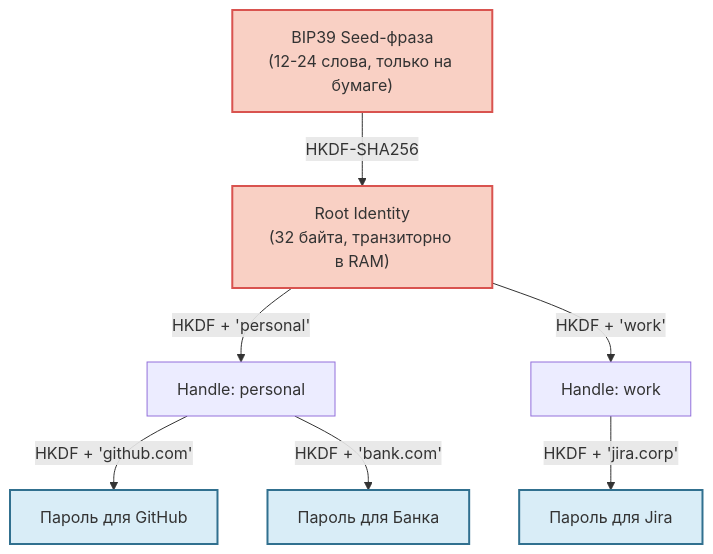
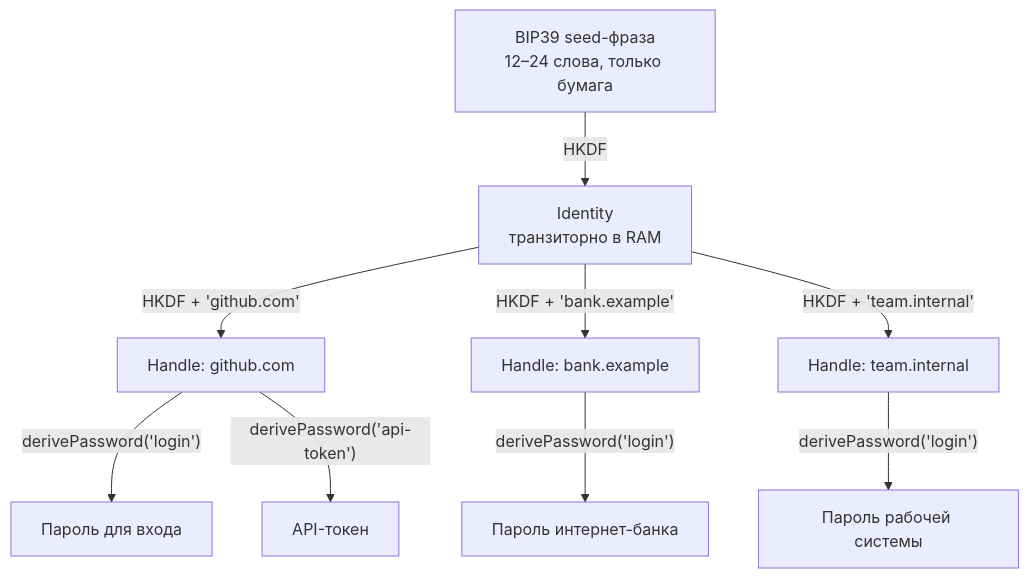
Before and after one commit to me2em-org/me2em-website: the diagram in src/content/blog/ru/me2em-deterministic-password-keeper.md, drawn with Mermaid. The commit also changed other lines of this file and 13 other files, not shown here.

````diff
--- a/src/content/blog/ru/me2em-deterministic-password-keeper.md
+++ b/src/content/blog/ru/me2em-deterministic-password-keeper.md
@@ -26,16 +22,11 @@
 ```mermaid
 flowchart TD
-    Seed["BIP39 Seed-фраза<br/>(12-24 слова, только на бумаге)"] -->|"HKDF-SHA256"| Identity["Root Identity<br/>(32 байта, транзиторно в RAM)"]
-    
-    Identity -->|"HKDF + 'personal'"| H_Personal["Handle: personal"]
-    Identity -->|"HKDF + 'work'"| H_Work["Handle: work"]
-    
-    H_Personal -->|"HKDF + 'github.com'"| P_GH["Пароль для GitHub"]
-    H_Personal -->|"HKDF + 'bank.com'"| P_Bank["Пароль для Банка"]
-    H_Work -->|"HKDF + 'jira.corp'"| P_Jira["Пароль для Jira"]
-
-    classDef secret fill:#f9d0c4,stroke:#d9534f,stroke-width:2px;
-    classDef public fill:#d9edf7,stroke:#31708f,stroke-width:2px;
-    class Seed,Identity secret;
-    class P_GH,P_Bank,P_Jira public;
+    S["BIP39 seed-фраза<br/>12–24 слова, только бумага"] -->|"HKDF"| I["Identity<br/>транзиторно в RAM"]
+    I -->|"HKDF + 'github.com'"| H1["Handle: github.com"]
+    I -->|"HKDF + 'bank.example'"| H2["Handle: bank.example"]
+    I -->|"HKDF + 'team.internal'"| H3["Handle: team.internal"]
+    H1 -->|"derivePassword('login')"| P1["Пароль для входа"]
+    H1 -->|"derivePassword('api-token')"| P2["API-токен"]
+    H2 -->|"derivePassword('login')"| P3["Пароль интернет-банка"]
+    H3 -->|"derivePassword('login')"| P4["Пароль рабочей системы"]
 ```
````
